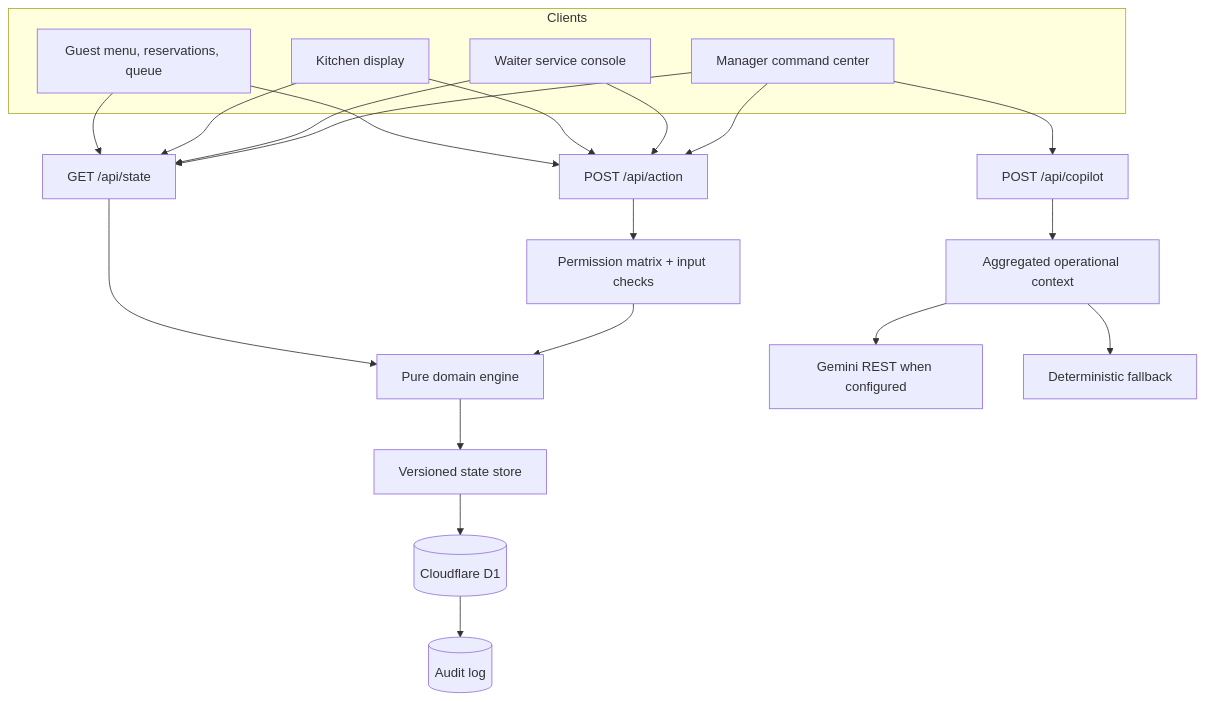
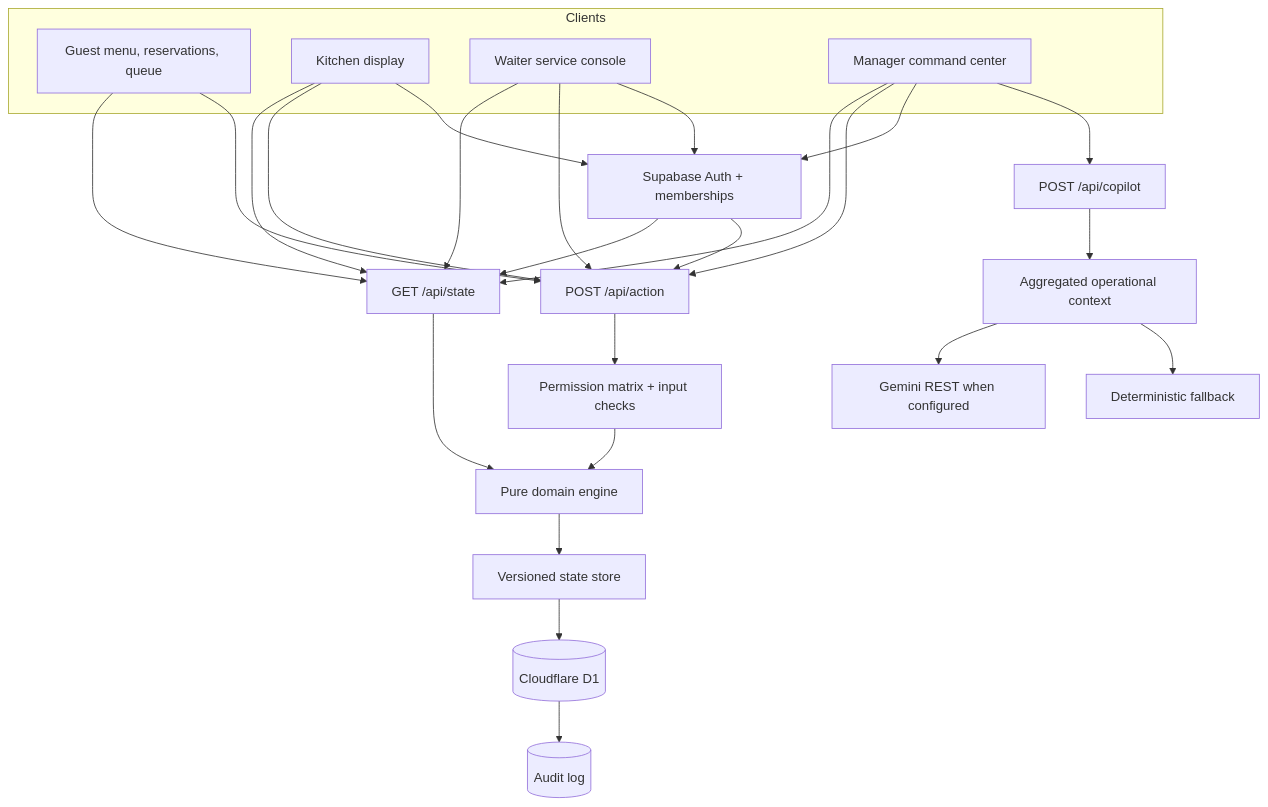
The first of 3 diagrams in docs/ARCHITECTURE.md (abhinav-codes123/Vibeathon), drawn with Mermaid before and after one commit. The commit also changed other lines of this file and 36 other files, not shown here.

````diff
--- a/docs/ARCHITECTURE.md
+++ b/docs/ARCHITECTURE.md
@@ -5,20 +5,23 @@
 ```mermaid
 flowchart TB
   subgraph Clients
     Guest["Guest menu, reservations, queue"]
     Kitchen["Kitchen display"]
     Waiter["Waiter service console"]
     Manager["Manager command center"]
   end
   Guest & Kitchen & Waiter & Manager --> StateAPI["GET /api/state"]
   Guest & Kitchen & Waiter & Manager --> ActionAPI["POST /api/action"]
+  Kitchen & Waiter & Manager --> Auth["Supabase Auth + memberships"]
+  Auth --> StateAPI
+  Auth --> ActionAPI
   Manager --> Copilot["POST /api/copilot"]
   ActionAPI --> Permission["Permission matrix + input checks"]
   StateAPI & Permission --> Domain["Pure domain engine"]
   Domain --> Store["Versioned state store"]
   Store --> D1[("Cloudflare D1")]
   D1 --> Audit[("Audit log")]
   Copilot --> Context["Aggregated operational context"]
   Context --> Gemini["Gemini REST when configured"]
   Context --> Local["Deterministic fallback"]
 ```
````
